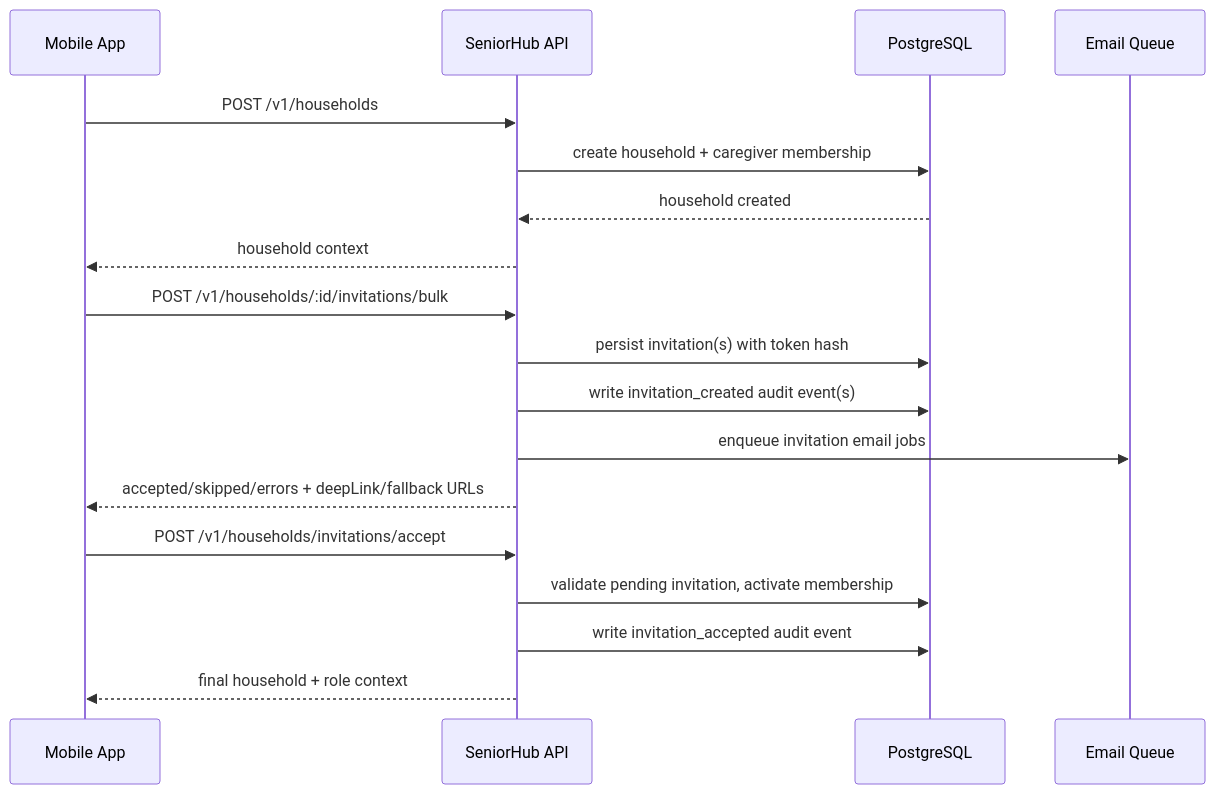
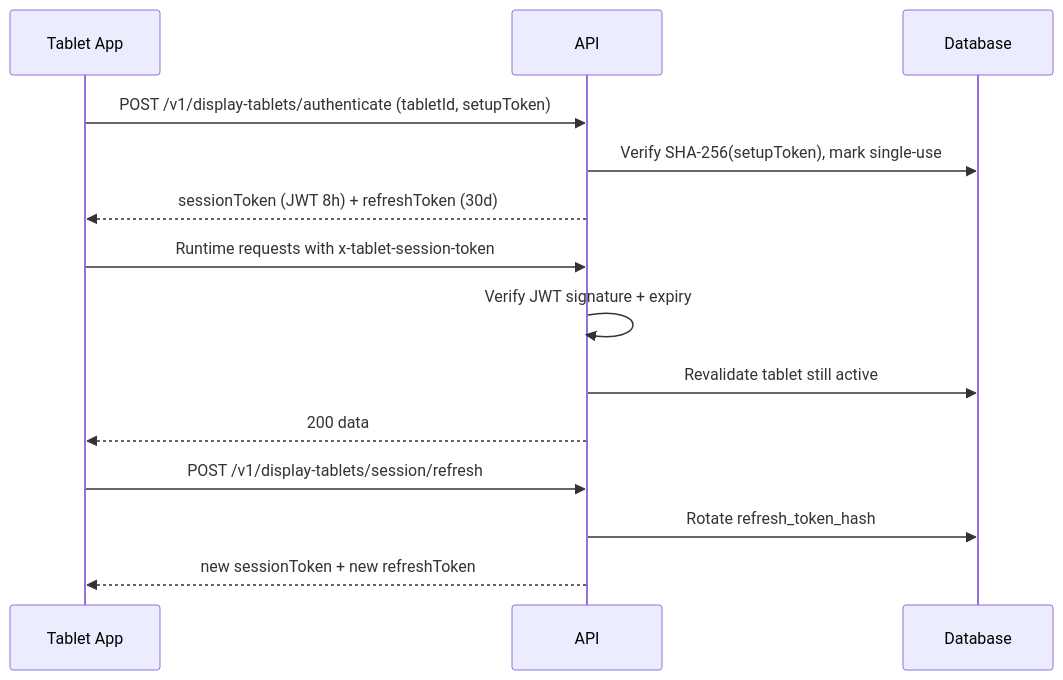
Before and after one commit to bencohensolal/seniorhub-backend: the fourth of 7 diagrams in ARCHITECTURE.md, drawn with Mermaid. The commit also changed other lines of this file and 12 other files, not shown here.

````diff
--- a/ARCHITECTURE.md
+++ b/ARCHITECTURE.md
@@ -96,23 +128,19 @@
 ```mermaid
 sequenceDiagram
-  participant M as Mobile App
-  participant API as SeniorHub API
-  participant DB as PostgreSQL
-  participant Q as Email Queue
+  participant T as Tablet App
+  participant API as API
+  participant DB as Database
 
-  M->>API: POST /v1/households
-  API->>DB: create household + caregiver membership
-  DB-->>API: household created
-  API-->>M: household context
+  T->>API: POST /v1/display-tablets/authenticate (tabletId, setupToken)
+  API->>DB: Verify SHA-256(setupToken), mark single-use
+  API-->>T: sessionToken (JWT 8h) + refreshToken (30d)
 
-  M->>API: POST /v1/households/:id/invitations/bulk
-  API->>DB: persist invitation(s) with token hash
-  API->>DB: write invitation_created audit event(s)
-  API->>Q: enqueue invitation email jobs
-  API-->>M: accepted/skipped/errors + deepLink/fallback URLs
+  T->>API: Runtime requests with x-tablet-session-token
+  API->>API: Verify JWT signature + expiry
+  API->>DB: Revalidate tablet still active
+  API-->>T: 200 data
 
-  M->>API: POST /v1/households/invitations/accept
-  API->>DB: validate pending invitation, activate membership
-  API->>DB: write invitation_accepted audit event
-  API-->>M: final household + role context
+  T->>API: POST /v1/display-tablets/session/refresh
+  API->>DB: Rotate refresh_token_hash
+  API-->>T: new sessionToken + new refreshToken
 ```
````
